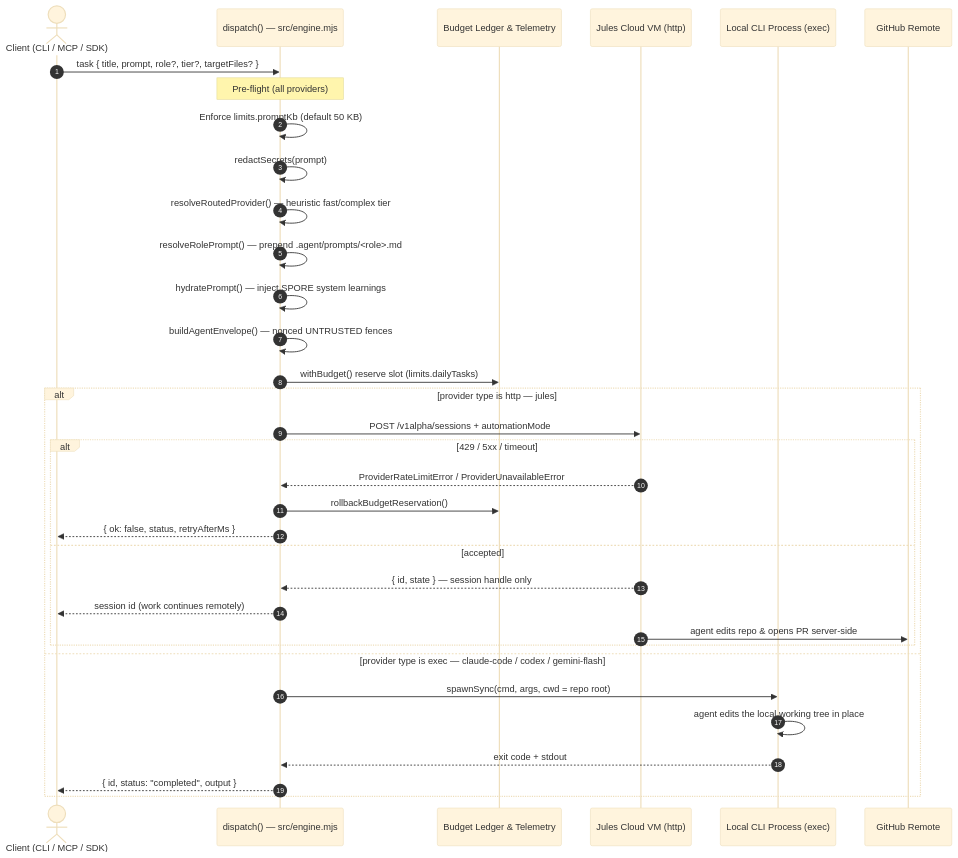
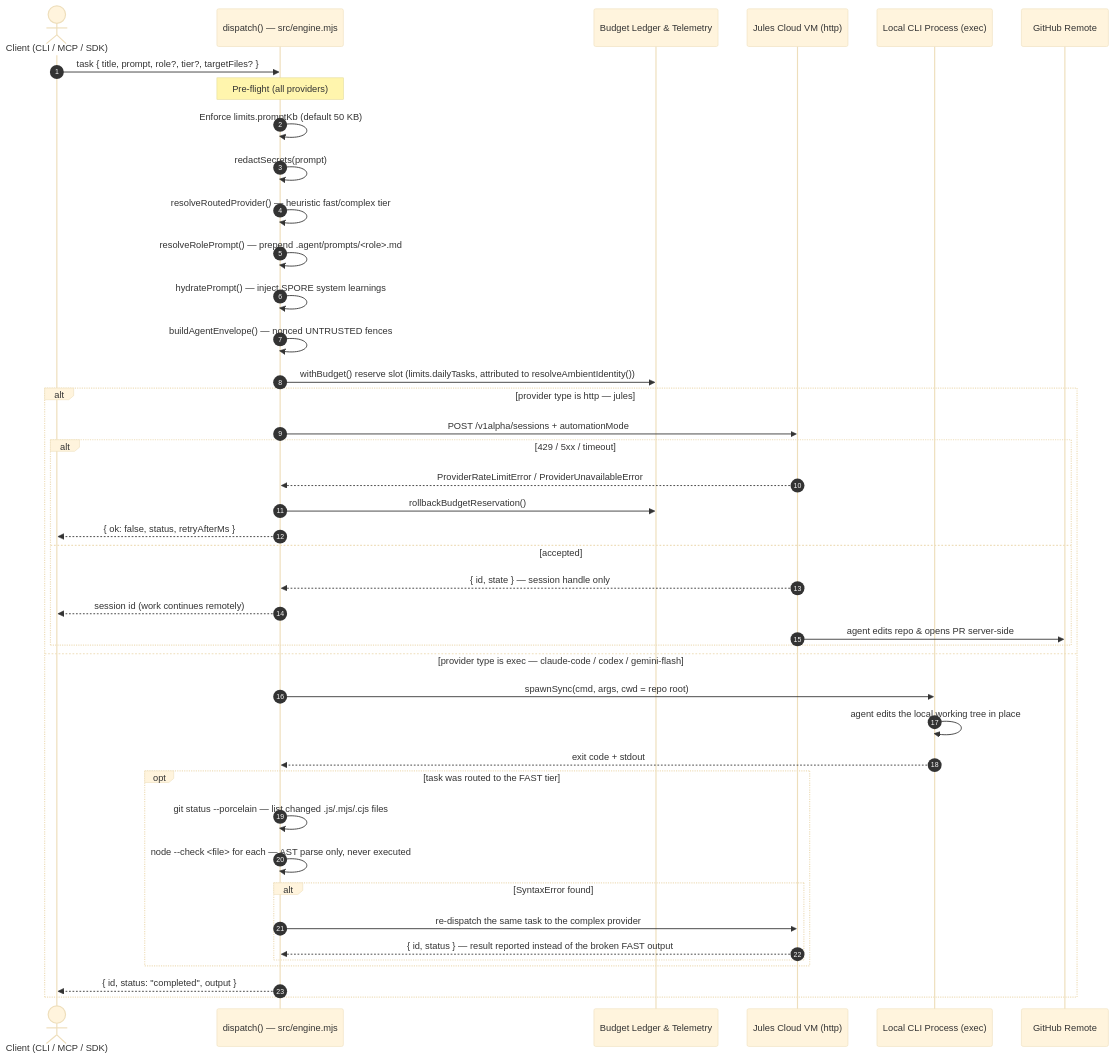
One commit to FullThrottle83/jules-orchestrator-kit changed the first of 3 diagrams in docs/architecture.md. Above: the diagram before and after it, drawn with Mermaid (base theme). The commit also changed other lines of this file and 10 other files, not shown here.

````diff
--- a/docs/architecture.md
+++ b/docs/architecture.md
@@ -37,39 +37,47 @@
 ```mermaid
 sequenceDiagram
     autonumber
     actor Trigger as Client (CLI / MCP / SDK)
     participant Orc as dispatch() — src/engine.mjs
     participant Ledger as Budget Ledger & Telemetry
     participant Remote as Jules Cloud VM (http)
     participant Local as Local CLI Process (exec)
     participant GH as GitHub Remote
 
     Trigger->>Orc: task { title, prompt, role?, tier?, targetFiles? }
 
     note over Orc: Pre-flight (all providers)
     Orc->>Orc: Enforce limits.promptKb (default 50 KB)
     Orc->>Orc: redactSecrets(prompt)
     Orc->>Orc: resolveRoutedProvider() — heuristic fast/complex tier
     Orc->>Orc: resolveRolePrompt() — prepend .agent/prompts/<role>.md
     Orc->>Orc: hydratePrompt() — inject SPORE system learnings
     Orc->>Orc: buildAgentEnvelope() — nonced UNTRUSTED fences
-    Orc->>Ledger: withBudget() reserve slot (limits.dailyTasks)
+    Orc->>Ledger: withBudget() reserve slot (limits.dailyTasks, attributed to resolveAmbientIdentity())
 
     alt provider type is http — jules
         Orc->>Remote: POST /v1alpha/sessions + automationMode
         alt 429 / 5xx / timeout
             Remote-->>Orc: ProviderRateLimitError / ProviderUnavailableError
             Orc->>Ledger: rollbackBudgetReservation()
             Orc-->>Trigger: { ok: false, status, retryAfterMs }
         else accepted
             Remote-->>Orc: { id, state } — session handle only
             Orc-->>Trigger: session id (work continues remotely)
             Remote->>GH: agent edits repo & opens PR server-side
         end
     else provider type is exec — claude-code / codex / gemini-flash
         Orc->>Local: spawnSync(cmd, args, cwd = repo root)
         Local->>Local: agent edits the local working tree in place
         Local-->>Orc: exit code + stdout
+        opt task was routed to the FAST tier
+            Orc->>Orc: git status --porcelain — list changed .js/.mjs/.cjs files
+            Orc->>Orc: node --check <file> for each — AST parse only, never executed
+            alt SyntaxError found
+                Orc->>Remote: re-dispatch the same task to the complex provider
+                Remote-->>Orc: { id, status } — result reported instead of the broken FAST output
+            end
+        end
         Orc-->>Trigger: { id, status: "completed", output }
     end
 ```
````
